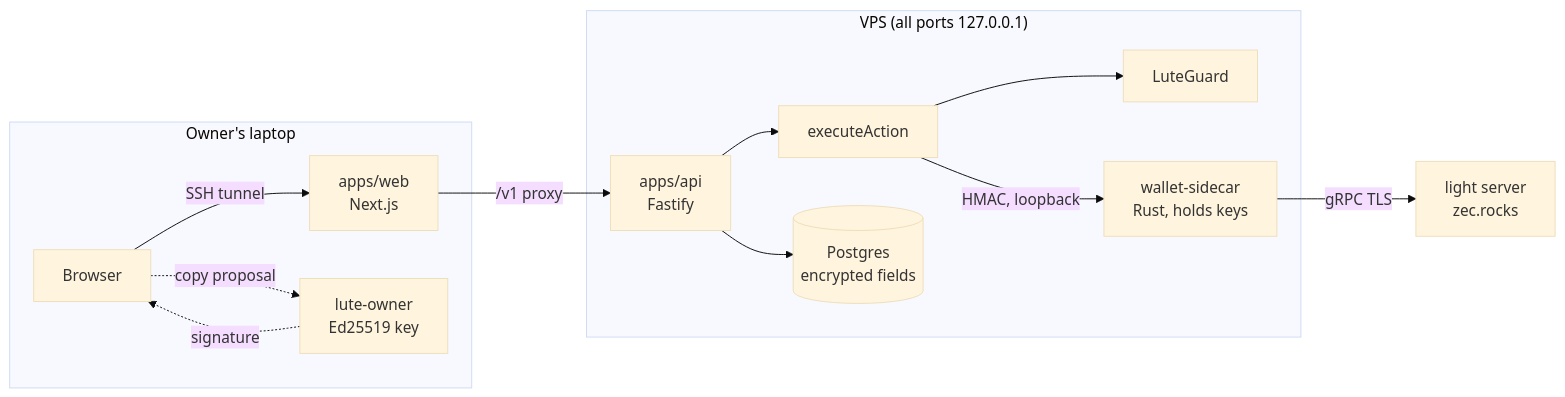
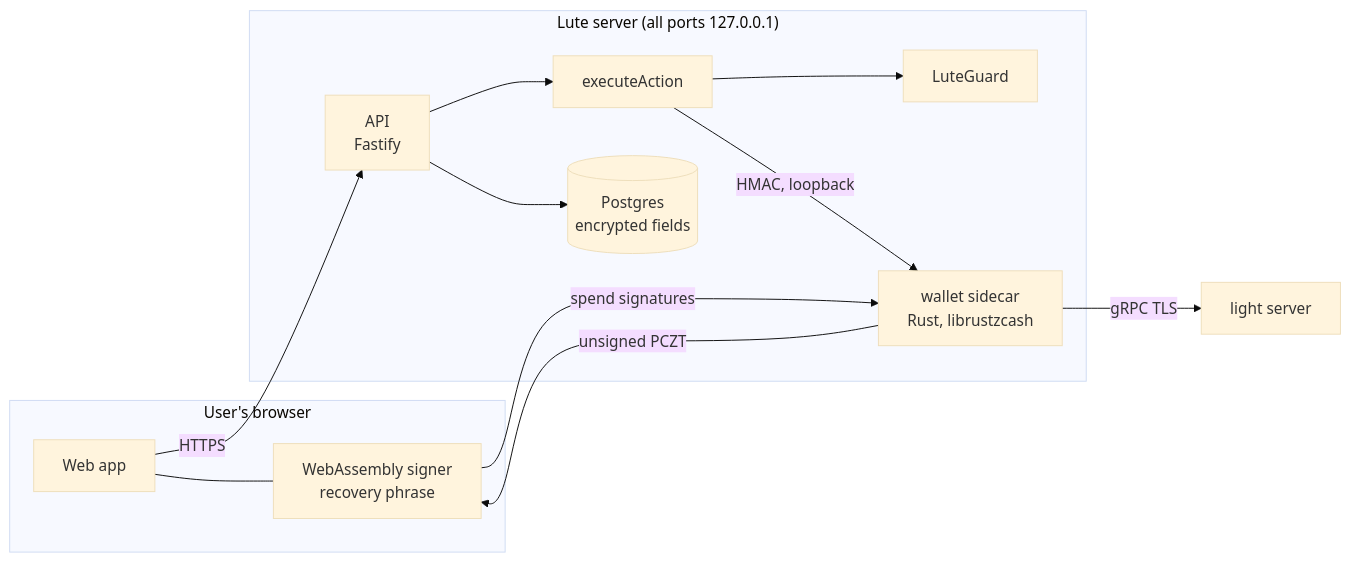
The diagram in README.md (Stella112/zlute), drawn with Mermaid (base theme) before and after one commit. The commit also changed other lines of this file and 6 other files, not shown here.

````diff
--- a/README.md
+++ b/README.md
@@ -41,17 +35,16 @@
 ```mermaid
 flowchart LR
-  subgraph Laptop["Owner's laptop"]
-    B[Browser] -->|SSH tunnel| W
-    K[lute-owner<br/>Ed25519 key] 
+  subgraph Browser["User's browser"]
+    UI[Web app] --- SG[WebAssembly signer<br/>recovery phrase]
   end
-  subgraph VPS["VPS (all ports 127.0.0.1)"]
-    W[apps/web<br/>Next.js] -->|/v1 proxy| A[apps/api<br/>Fastify]
-    A --> E[executeAction]
+  subgraph Server["Lute server (all ports 127.0.0.1)"]
+    A[API<br/>Fastify] --> E[executeAction]
     E --> G[LuteGuard]
-    E -->|HMAC, loopback| S[wallet-sidecar<br/>Rust, holds keys]
+    E -->|HMAC, loopback| S[wallet sidecar<br/>Rust, librustzcash]
     A --> P[(Postgres<br/>encrypted fields)]
   end
-  S -->|gRPC TLS| L[light server<br/>zec.rocks]
-  B -. copy proposal .-> K
-  K -. signature .-> B
+  UI -->|HTTPS| A
+  S -->|unsigned PCZT| SG
+  SG -->|spend signatures| S
+  S -->|gRPC TLS| L[light server]
 ```
````
